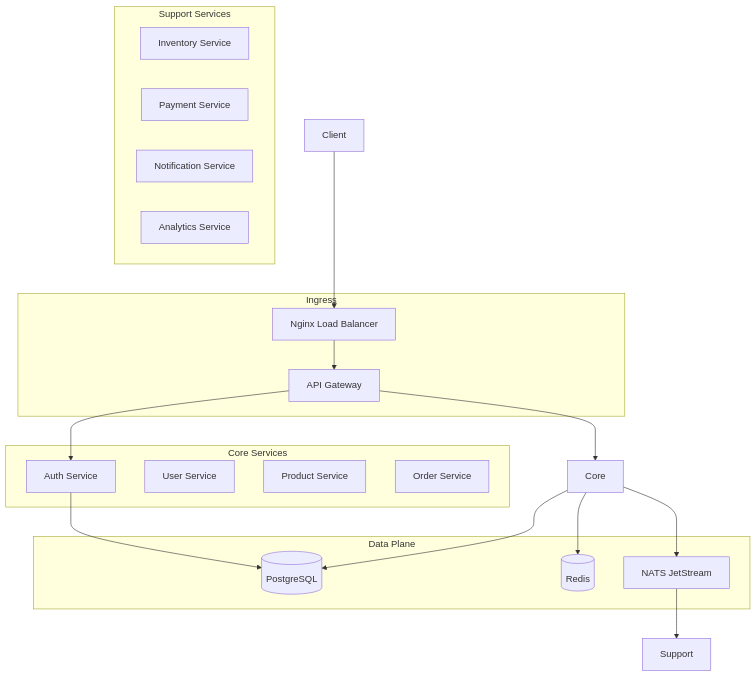
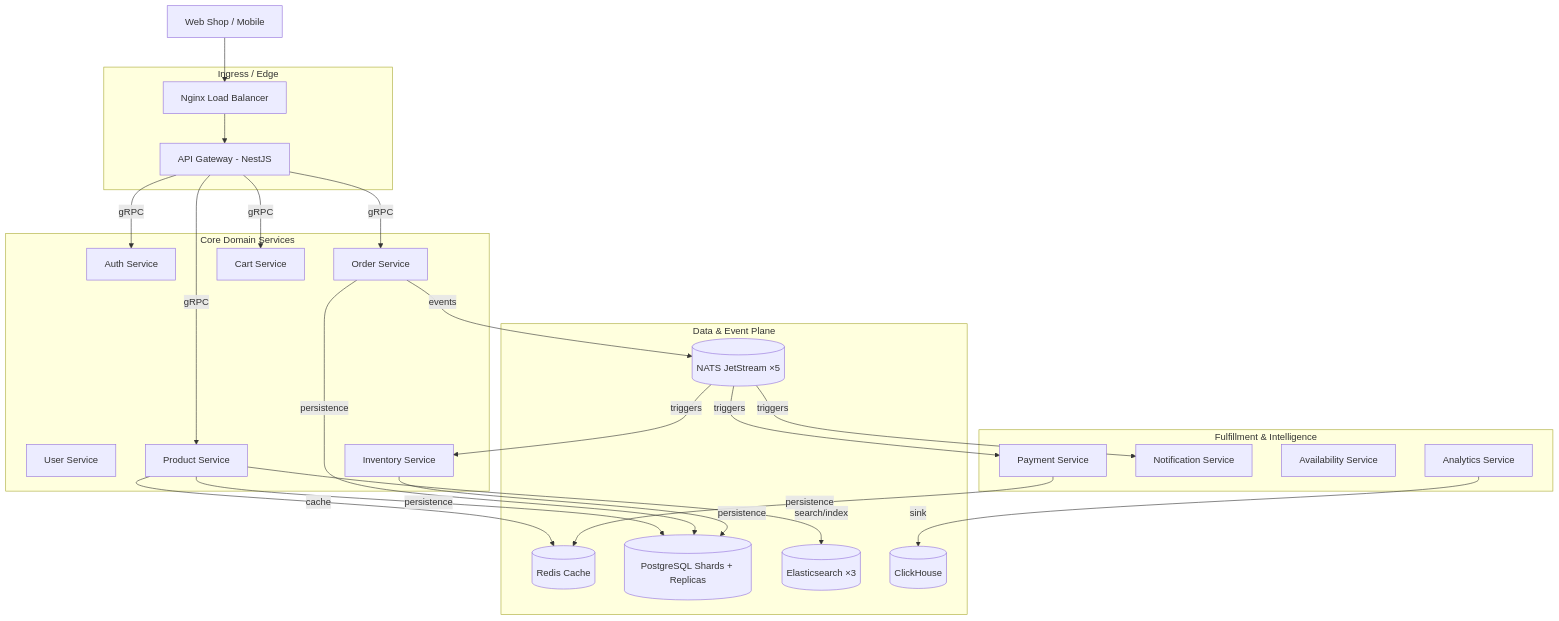
One commit to RajdeepDevelopment/skyline-shop-commerceos-microservices changed the diagram in docs/architecture/system-overview.md. Above: the diagram before and after it, drawn with Mermaid. The commit also changed other lines of this file and 47 other files, not shown here.

````diff
--- a/docs/architecture/system-overview.md
+++ b/docs/architecture/system-overview.md
@@ -9,39 +9,50 @@
 ```mermaid
 graph TB
-    subgraph Ingress
+    subgraph "Ingress / Edge"
         LB[Nginx Load Balancer]
-        GW[API Gateway]
+        GW[API Gateway - NestJS]
     end
 
-    subgraph "Core Services"
+    subgraph "Core Domain Services"
         Auth[Auth Service]
         Users[User Service]
         Products[Product Service]
         Orders[Order Service]
+        Cart[Cart Service]
+        Inv[Inventory Service]
     end
 
-    subgraph "Support Services"
-        Inv[Inventory Service]
+    subgraph "Fulfillment & Intelligence"
         Pay[Payment Service]
         Notif[Notification Service]
+        Avail[Availability Service]
         Analytics[Analytics Service]
     end
 
-    subgraph "Data Plane"
-        PG[(PostgreSQL)]
-        RD[(Redis)]
-        NATS[NATS JetStream]
+    subgraph "Data & Event Plane"
+        NATS[(NATS JetStream ×5)]
+        RD[(Redis Cache)]
+        PG[(PostgreSQL Shards + Replicas)]
+        ES[(Elasticsearch ×3)]
+        CH[(ClickHouse)]
     end
 
-    Client --> LB
+    Client[Web Shop / Mobile] --> LB
     LB --> GW
-    GW --> Auth
-    GW --> Core
+    GW -- gRPC --> Auth
+    GW -- gRPC --> Products
+    GW -- gRPC --> Orders
+    GW -- gRPC --> Cart
 
-    Core --> NATS
-    NATS --> Support
-
-    Auth --> PG
-    Core --> PG
-    Core --> RD
+    Orders -- events --> NATS
+    Products -- search/index --> ES
+    Products -- cache --> RD
+    Products -- persistence --> PG
+    Orders -- persistence --> PG
+    Inv -- persistence --> PG
+    Pay -- persistence --> RD
+    Analytics -- sink --> CH
+    NATS -- triggers --> Pay
+    NATS -- triggers --> Inv
+    NATS -- triggers --> Notif
 ```
````
